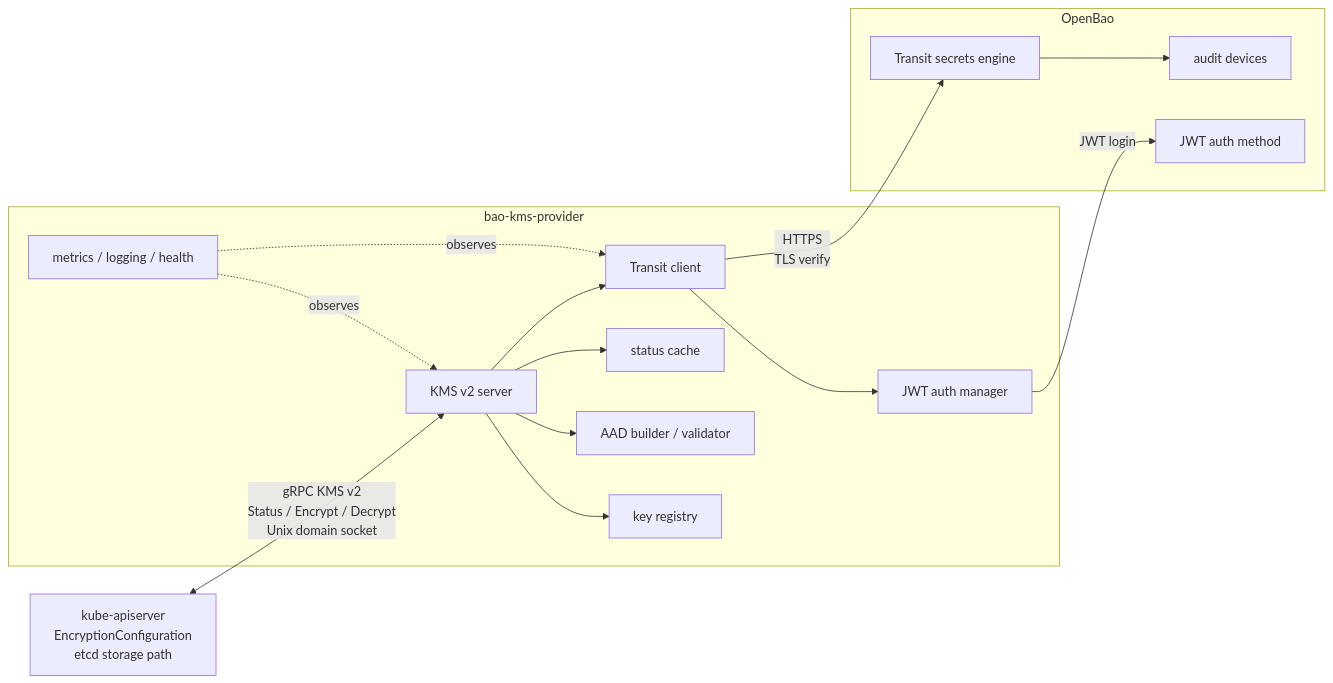
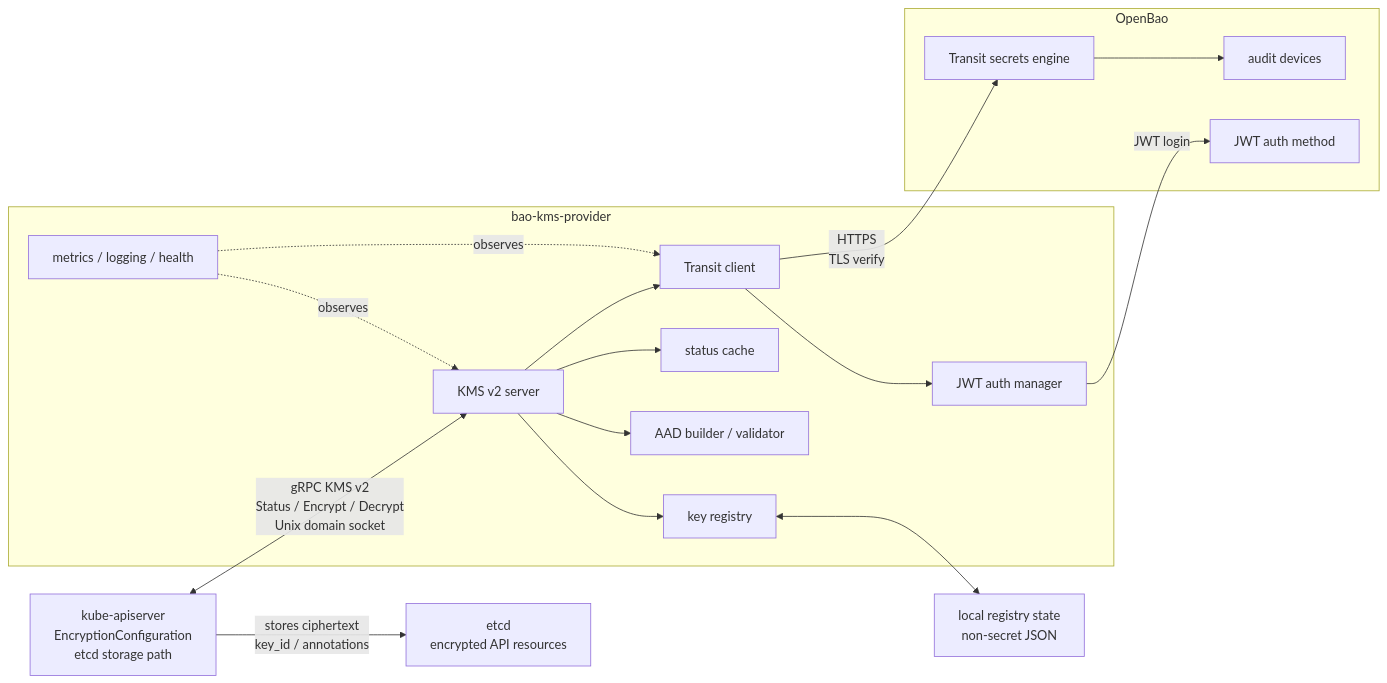
Before and after one commit to dc-tec/openbao-kubernetes-kms: the first of 6 diagrams in docs/architecture/overview.md, drawn with Mermaid. The commit also changed other lines of this file and 50 other files, not shown here.

````diff
--- a/docs/architecture/overview.md
+++ b/docs/architecture/overview.md
@@ -27,32 +29,36 @@
 ```mermaid
 flowchart LR
     API["kube-apiserver<br/>EncryptionConfiguration<br/>etcd storage path"]
+    Etcd["etcd<br/>encrypted API resources"]
+    StateFile["local registry state<br/>non-secret JSON"]
 
     subgraph Plugin["bao-kms-provider"]
         KMS["KMS v2 server"]
         Registry["key registry"]
         AAD["AAD builder / validator"]
         AuthManager["JWT auth manager"]
         TransitClient["Transit client"]
         StatusCache["status cache"]
         Observability["metrics / logging / health"]
     end
 
     subgraph Bao["OpenBao"]
         JWTAuth["JWT auth method"]
         Transit["Transit secrets engine"]
         Audit["audit devices"]
     end
 
     API <-->|gRPC KMS v2<br/>Status / Encrypt / Decrypt<br/>Unix domain socket| KMS
+    API -->|stores ciphertext<br/>key_id / annotations| Etcd
     KMS --> Registry
     KMS --> AAD
     KMS --> StatusCache
     KMS --> TransitClient
+    Registry <--> StateFile
     TransitClient --> AuthManager
     AuthManager -->|JWT login| JWTAuth
     TransitClient -->|HTTPS<br/>TLS verify| Transit
     Transit --> Audit
     Observability -.->|observes| KMS
     Observability -.->|observes| TransitClient
 ```
````
